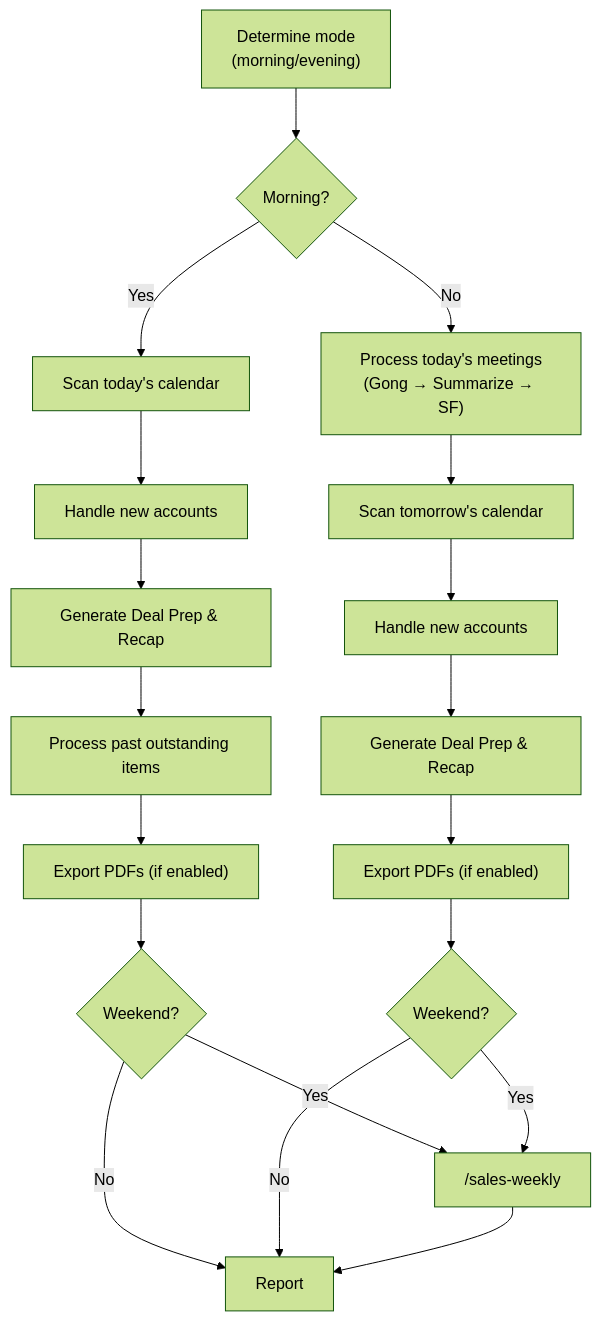
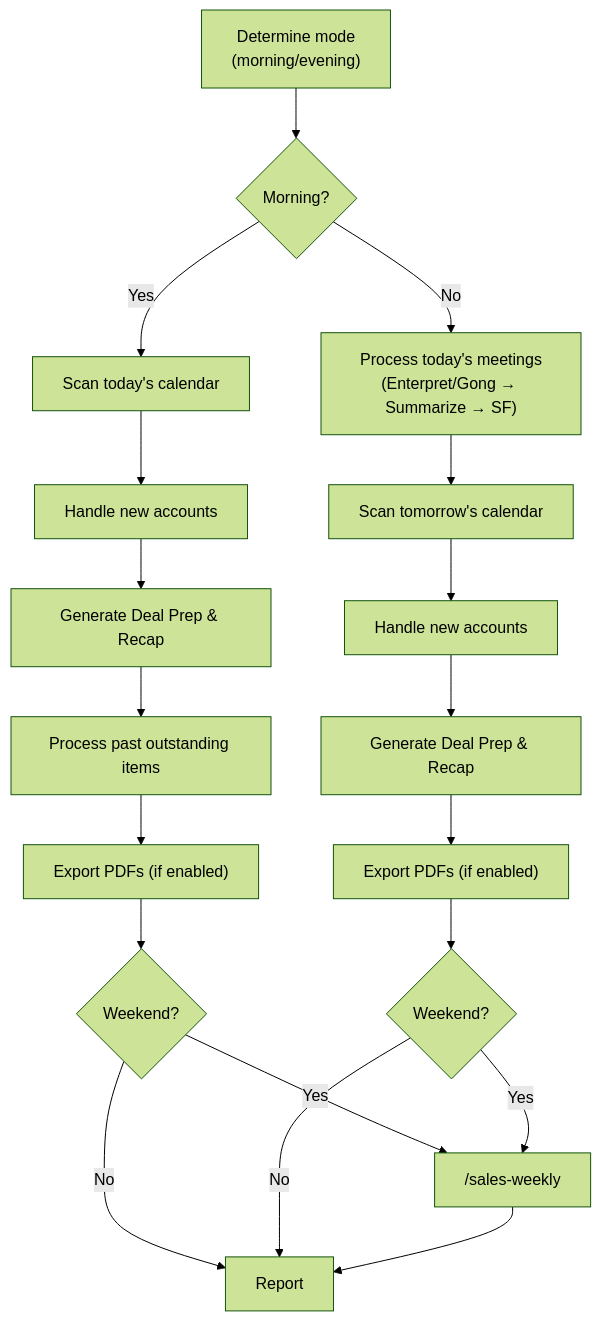
Before and after one commit to yeutterg/claude-code-sales-skills: the third of 3 diagrams in README.md, drawn with Mermaid (forest theme). The commit also changed other lines of this file and 8 other files, not shown here.

First line of the commit message:
sync: add /sales-enterpret skill for Gong transcript import via Enterpret

````diff
--- a/README.md
+++ b/README.md
@@ -242,24 +254,24 @@
 ```mermaid
 graph TD
     start["Determine mode<br/>(morning/evening)"] --> morning{Morning?}
     morning -->|Yes| mcal["Scan today's calendar"]
-    morning -->|No| egong["Process today's meetings<br/>(Gong → Summarize → SF)"]
+    morning -->|No| egong["Process today's meetings<br/>(Enterpret/Gong → Summarize → SF)"]
 
     mcal --> mnew["Handle new accounts"]
     mnew --> mprep["Generate Deal Prep & Recap"]
     mprep --> mpast["Process past outstanding items"]
     mpast --> mpdf["Export PDFs (if enabled)"]
     mpdf --> mweekly{Weekend?}
 
     egong --> ecal["Scan tomorrow's calendar"]
     ecal --> enew["Handle new accounts"]
     enew --> eprep["Generate Deal Prep & Recap"]
     eprep --> epdf["Export PDFs (if enabled)"]
     epdf --> eweekly{Weekend?}
 
     mweekly -->|Yes| weekly["/sales-weekly"]
     mweekly -->|No| done["Report"]
     eweekly -->|Yes| weekly
     eweekly -->|No| done
     weekly --> done
 ```
````
